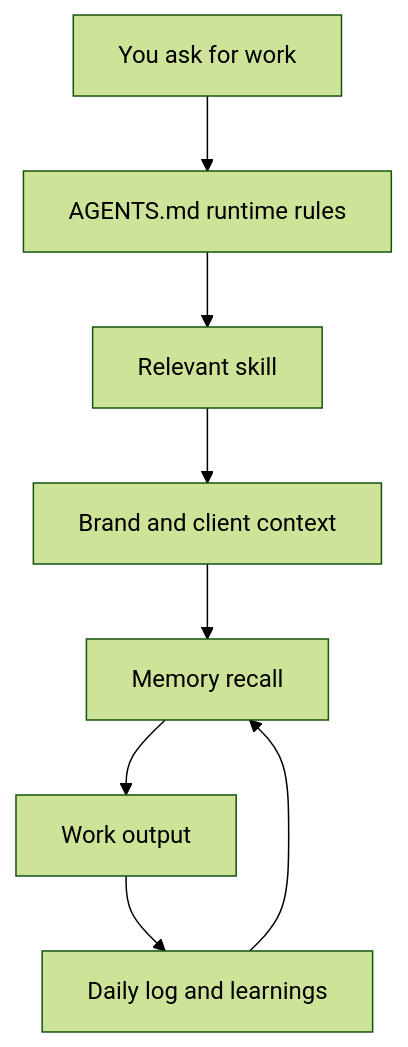
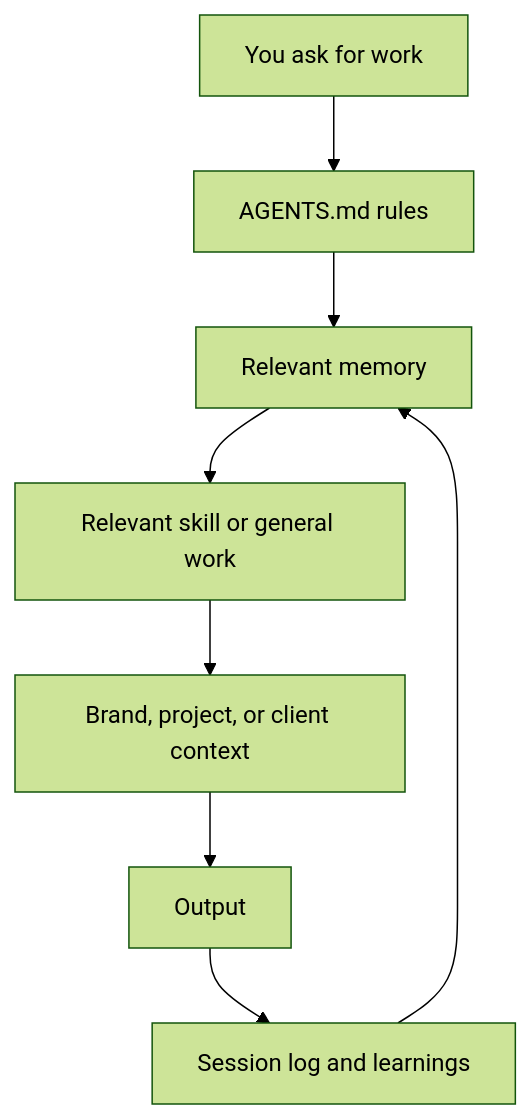
Before and after one commit to camrontaylor/AI-OS-Template: the diagram in docs/how-it-works.md, drawn with Mermaid (forest theme). The commit also changed other lines of this file and 462 other files, not shown here.

````diff
--- a/docs/how-it-works.md
+++ b/docs/how-it-works.md
@@ -16,10 +37,10 @@
 ```mermaid
 flowchart TD
-  A["You ask for work"] --> B["AGENTS.md runtime rules"]
-  B --> C["Relevant skill"]
-  C --> D["Brand and client context"]
-  D --> E["Memory recall"]
-  E --> F["Work output"]
-  F --> G["Daily log and learnings"]
-  G --> E
+  A["You ask for work"] --> B["AGENTS.md rules"]
+  B --> C["Relevant memory"]
+  C --> D["Relevant skill or general work"]
+  D --> E["Brand, project, or client context"]
+  E --> F["Output"]
+  F --> G["Session log and learnings"]
+  G --> C
 ```
````
